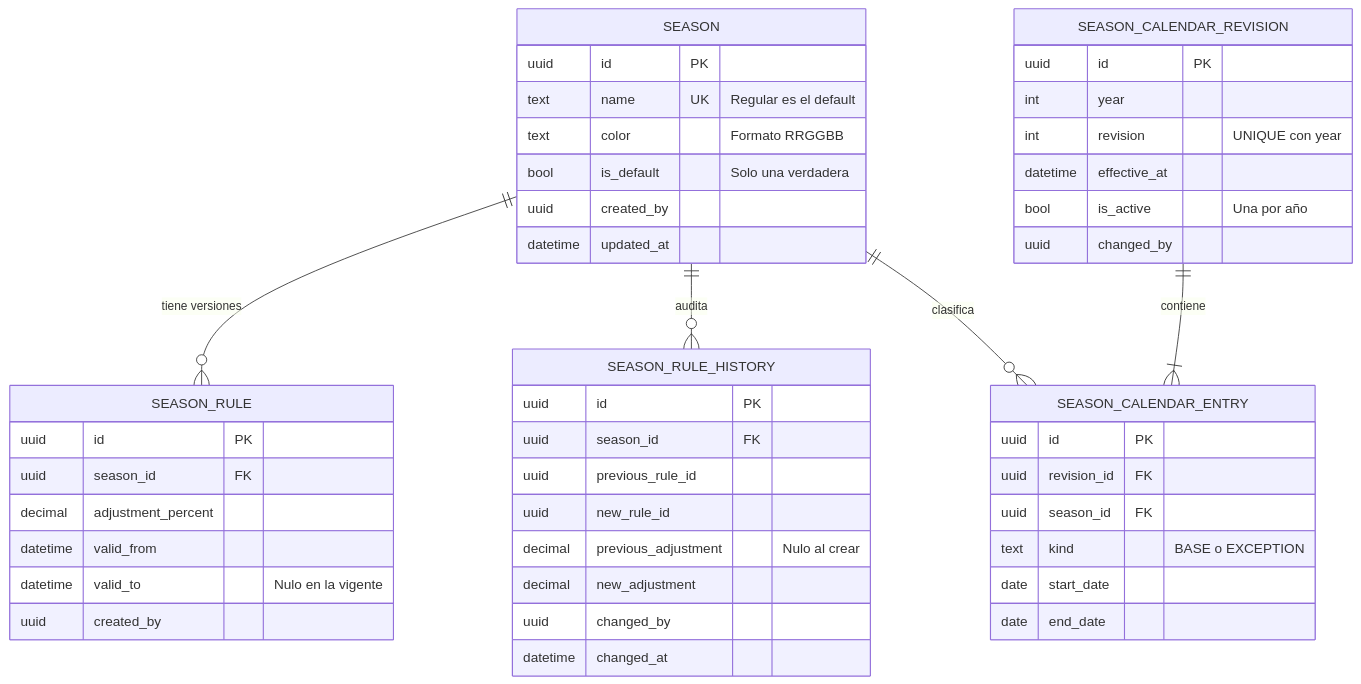
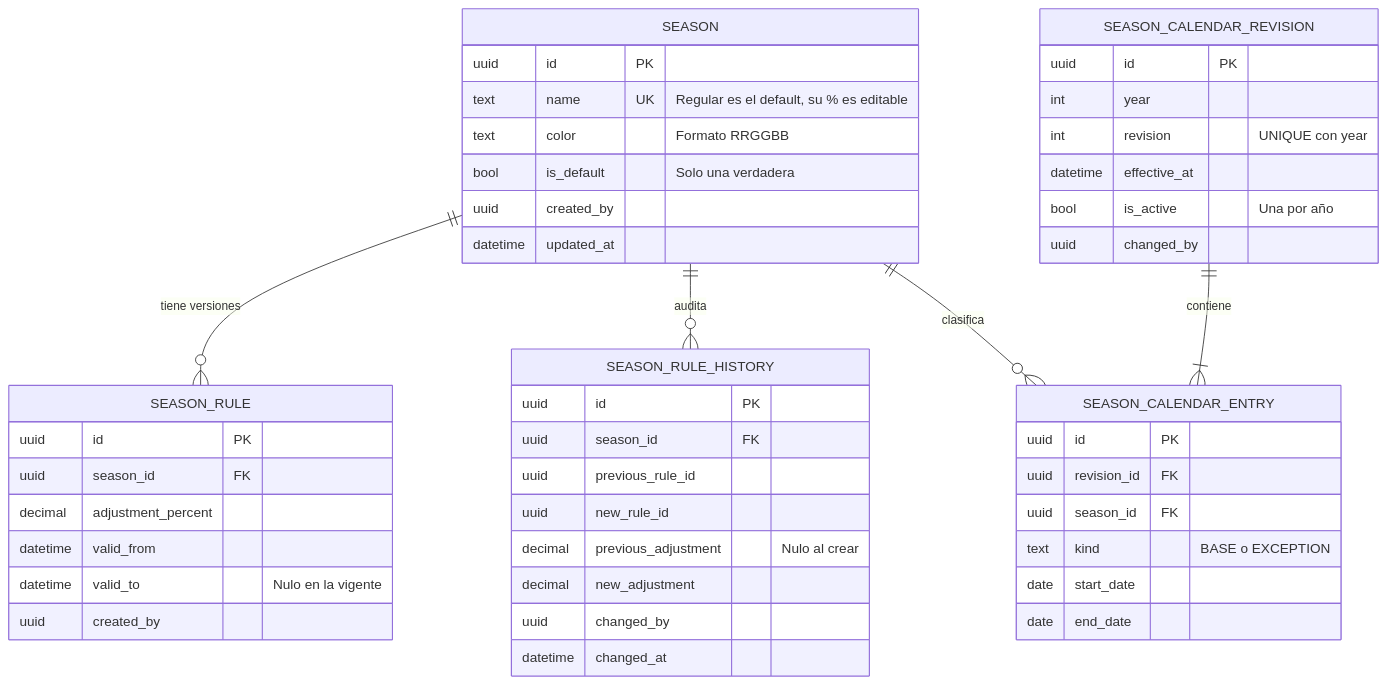
The first of 4 diagrams in docs/plan-tecnico-base.md (Proyect-Hospitua-Module-3/Hospitua-Module-3), drawn with Mermaid before and after one commit. The commit also changed other lines of this file, not shown here.

````diff
--- a/docs/plan-tecnico-base.md
+++ b/docs/plan-tecnico-base.md
@@ -459,50 +485,50 @@
 ```mermaid
 erDiagram
     SEASON ||--o{ SEASON_RULE : "tiene versiones"
     SEASON ||--o{ SEASON_RULE_HISTORY : "audita"
     SEASON ||--o{ SEASON_CALENDAR_ENTRY : "clasifica"
     SEASON_CALENDAR_REVISION ||--|{ SEASON_CALENDAR_ENTRY : "contiene"
 
     SEASON {
         uuid id PK
-        text name UK "Regular es el default"
+        text name UK "Regular es el default, su % es editable"
         text color "Formato RRGGBB"
         bool is_default "Solo una verdadera"
         uuid created_by
         datetime updated_at
     }
     SEASON_RULE {
         uuid id PK
         uuid season_id FK
         decimal adjustment_percent
         datetime valid_from
         datetime valid_to "Nulo en la vigente"
         uuid created_by
     }
     SEASON_RULE_HISTORY {
         uuid id PK
         uuid season_id FK
         uuid previous_rule_id
         uuid new_rule_id
         decimal previous_adjustment "Nulo al crear"
         decimal new_adjustment
         uuid changed_by
         datetime changed_at
     }
     SEASON_CALENDAR_REVISION {
         uuid id PK
         int year
         int revision "UNIQUE con year"
         datetime effective_at
         bool is_active "Una por año"
         uuid changed_by
     }
     SEASON_CALENDAR_ENTRY {
         uuid id PK
         uuid revision_id FK
         uuid season_id FK
         text kind "BASE o EXCEPTION"
         date start_date
         date end_date
     }
 ```
````
